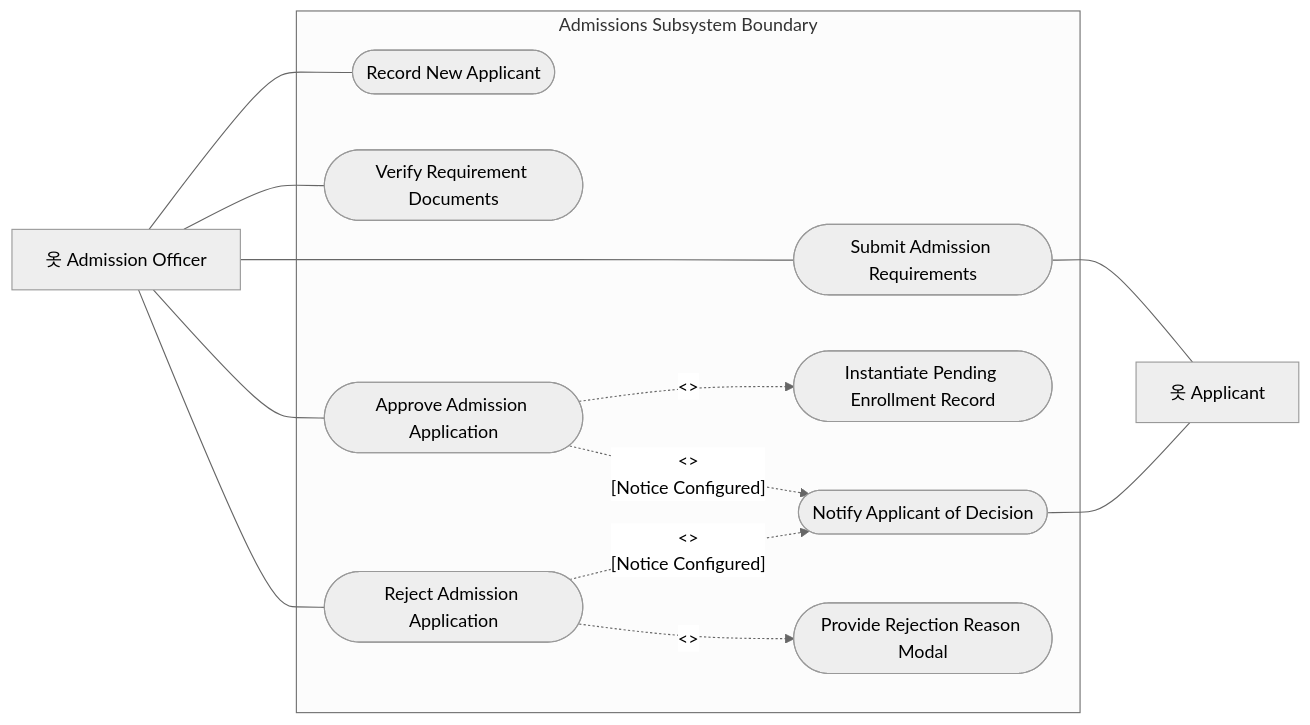
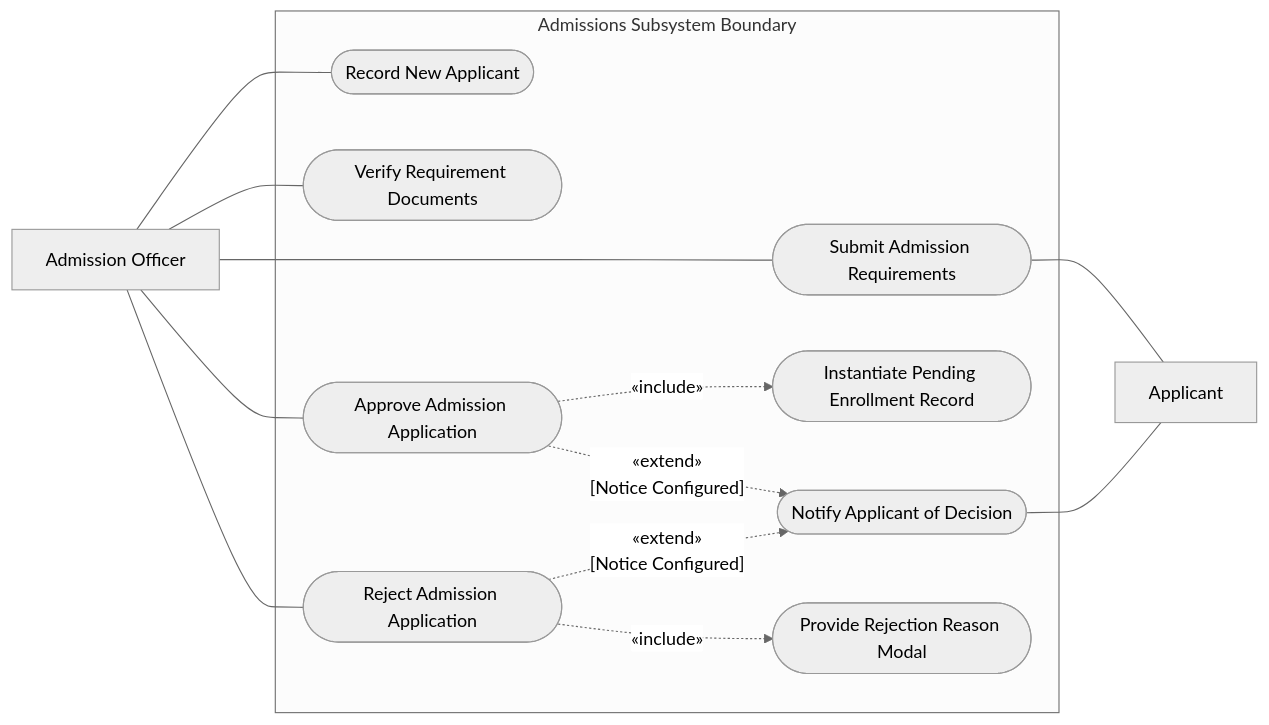
Before and after one commit to kirbygeagonia-create/EnrollmentManagementSystem: the sixth of 17 diagrams in Documentation/Use-Case-Diagram-Guide.md, drawn with Mermaid (neutral theme). The commit also changed other lines of this file and 51 other files, not shown here.

````diff
--- a/Documentation/Use-Case-Diagram-Guide.md
+++ b/Documentation/Use-Case-Diagram-Guide.md
@@ -311,29 +313,29 @@
 ```mermaid
 flowchart LR
-    A_Adm["옷 Admission Officer"]
-    A_App["옷 Applicant"]
+    A_Adm["Admission Officer"]
+    A_App["Applicant"]
 
     subgraph SYSTEM ["Admissions Subsystem Boundary"]
         UC01(["Record New Applicant"])
         UC02(["Submit Admission Requirements"])
         UC03(["Verify Requirement Documents"])
         UC04(["Approve Admission Application"])
         UC05(["Reject Admission Application"])
         UC06(["Instantiate Pending Enrollment Record"])
         UC07(["Notify Applicant of Decision"])
         UC08(["Provide Rejection Reason Modal"])
     end
 
     A_Adm --- UC01
     A_Adm --- UC02
     A_Adm --- UC03
     A_Adm --- UC04
     A_Adm --- UC05
 
     UC02 --- A_App
-    UC04 -.->|"<<include>>"| UC06
-    UC04 -.->|"<<extend>>\n[Notice Configured]"| UC07
-    UC05 -.->|"<<include>>"| UC08
-    UC05 -.->|"<<extend>>\n[Notice Configured]"| UC07
+    UC04 -.->|"«include»"| UC06
+    UC04 -.->|"«extend»\n[Notice Configured]"| UC07
+    UC05 -.->|"«include»"| UC08
+    UC05 -.->|"«extend»\n[Notice Configured]"| UC07
     UC07 --- A_App
 ```
````
